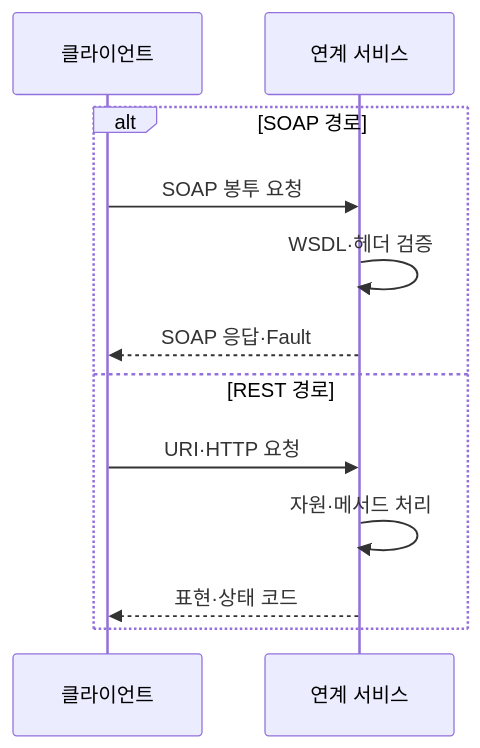
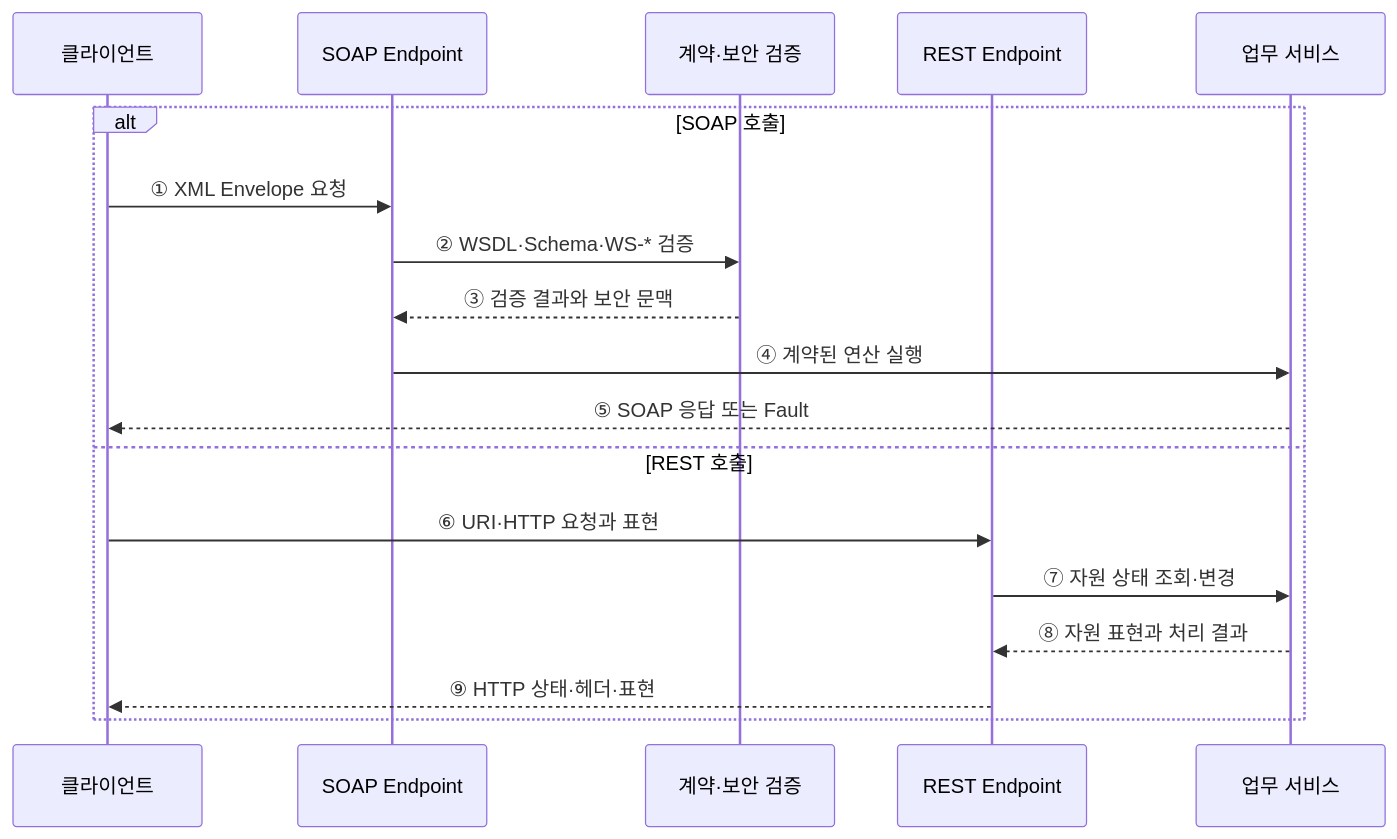
One commit to agnusdei1207/knowledge-base changed the second of 2 diagrams in src/content/docs/notes/03-software/170_soap_vs_rest.md. Above: the diagram before and after it, drawn with Mermaid. The commit also changed other lines of this file and 20 other files, not shown here.

````diff
--- a/src/content/docs/notes/03-software/170_soap_vs_rest.md
+++ b/src/content/docs/notes/03-software/170_soap_vs_rest.md
@@ -75,14 +71,20 @@
 ```mermaid
 sequenceDiagram
     participant C as 클라이언트
-    participant S as 연계 서비스
-    alt SOAP 경로
-        C->>S: SOAP 봉투 요청
-        S->>S: WSDL·헤더 검증
-        S-->>C: SOAP 응답·Fault
-    else REST 경로
-        C->>S: URI·HTTP 요청
-        S->>S: 자원·메서드 처리
-        S-->>C: 표현·상태 코드
+    participant S as SOAP Endpoint
+    participant V as 계약·보안 검증
+    participant R as REST Endpoint
+    participant B as 업무 서비스
+    alt SOAP 호출
+        C->>S: ① XML Envelope 요청
+        S->>V: ② WSDL·Schema·WS-* 검증
+        V-->>S: ③ 검증 결과와 보안 문맥
+        S->>B: ④ 계약된 연산 실행
+        B-->>C: ⑤ SOAP 응답 또는 Fault
+    else REST 호출
+        C->>R: ⑥ URI·HTTP 요청과 표현
+        R->>B: ⑦ 자원 상태 조회·변경
+        B-->>R: ⑧ 자원 표현과 처리 결과
+        R-->>C: ⑨ HTTP 상태·헤더·표현
     end
 ```
````
